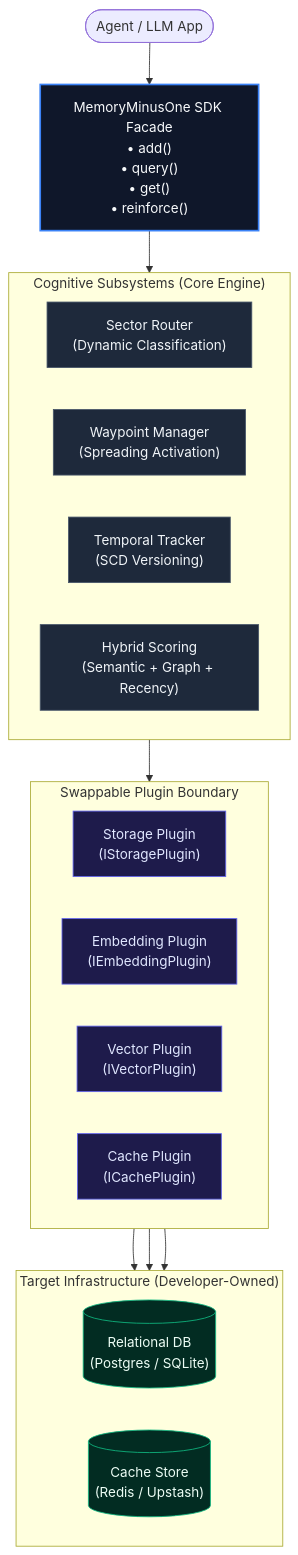
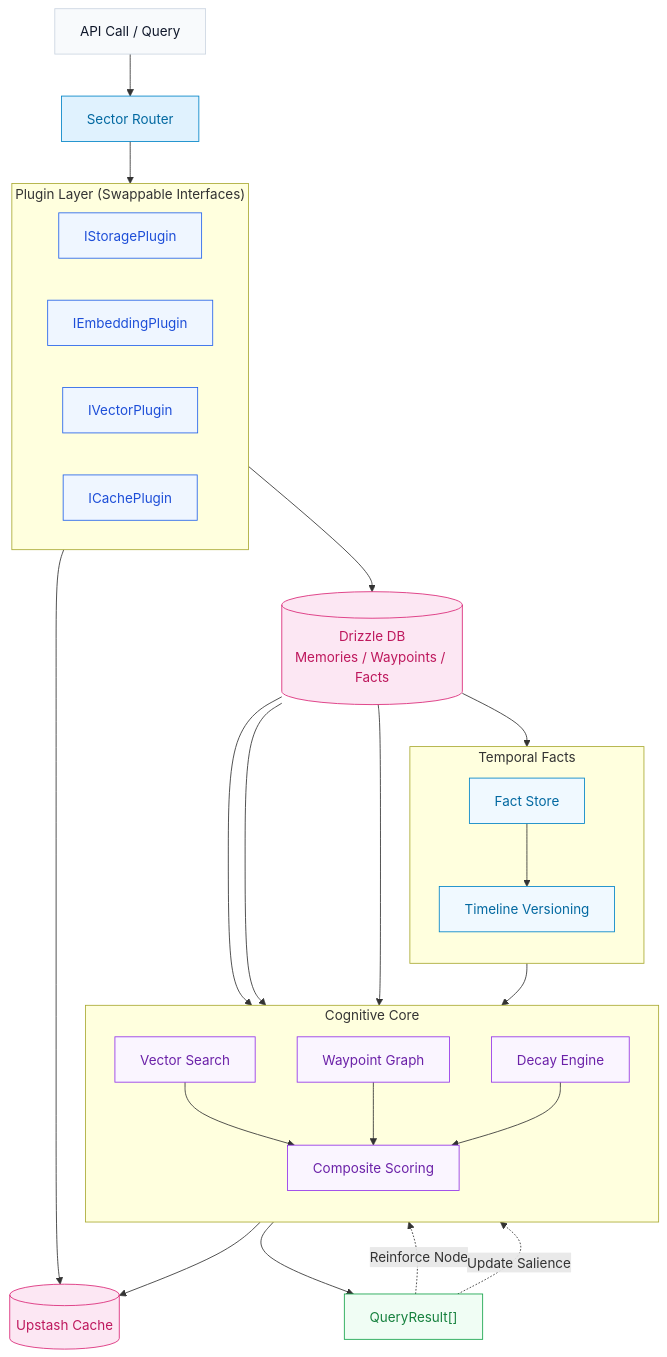
Before and after one commit to NormVg/MemoryMinusOne: the diagram in README.md, drawn with Mermaid.

Commit message:
docs: use high-fidelity visual styling for our system architecture in README

````diff
--- a/README.md
+++ b/README.md
@@ -83,39 +83,57 @@
 ```mermaid
 flowchart TD
-    %% Custom Styles
-    classDef facade fill:#0f172a,stroke:#3b82f6,stroke-width:2px,color:#f8fafc;
-    classDef engine fill:#1e293b,stroke:#475569,stroke-width:1px,color:#f1f5f9;
-    classDef plugin fill:#1e1b4b,stroke:#6366f1,stroke-width:1px,color:#e0e7ff;
-    classDef db fill:#022c22,stroke:#10b981,stroke-width:1px,color:#ecfdf5;
+    %% Styling Classes
+    classDef input fill:#f8fafc,stroke:#cbd5e1,stroke-width:1px,color:#0f172a;
+    classDef router fill:#e0f2fe,stroke:#0284c7,stroke-width:1px,color:#0369a1;
+    classDef db fill:#fce7f3,stroke:#db2777,stroke-width:1px,color:#be185d;
+    classDef engine fill:#faf5ff,stroke:#9333ea,stroke-width:1px,color:#6b21a8;
+    classDef facts fill:#f0f9ff,stroke:#0284c7,stroke-width:1px,color:#0369a1;
+    classDef plugin fill:#eff6ff,stroke:#2563eb,stroke-width:1px,color:#1d4ed8;
+    classDef outputNode fill:#f0fdf4,stroke:#16a34a,stroke-width:1px,color:#15803d;
 
-    Agent([Agent / LLM App]) --> API["MemoryMinusOne SDK Facade<br/>• add()<br/>• query()<br/>• get()<br/>• reinforce()"]:::facade
-    
-    subgraph Engine ["Cognitive Subsystems (Core Engine)"]
-        direction LR
-        Sectors["Sector Router<br/>(Dynamic Classification)"]:::engine
-        Waypoints["Waypoint Manager<br/>(Spreading Activation)"]:::engine
-        Facts["Temporal Tracker<br/>(SCD Versioning)"]:::engine
-        Scoring["Hybrid Scoring<br/>(Semantic + Graph + Recency)"]:::engine
-    end
-    
-    subgraph Plugins ["Swappable Plugin Boundary"]
-        direction LR
-        IStore["Storage Plugin<br/>(IStoragePlugin)"]:::plugin
-        IEmbed["Embedding Plugin<br/>(IEmbeddingPlugin)"]:::plugin
-        IVec["Vector Plugin<br/>(IVectorPlugin)"]:::plugin
-        ICache["Cache Plugin<br/>(ICachePlugin)"]:::plugin
+    Input["API Call / Query"]:::input --> Sectors["Sector Router"]:::router
+
+    subgraph CoreEngine ["Cognitive Core"]
+        direction TD
+        VReq["Vector Search"]:::engine
+        WaypointGraph["Waypoint Graph"]:::engine
+        Decay["Decay Engine"]:::engine
+        Scoring["Composite Scoring"]:::engine
     end
 
-    subgraph Infrastructure ["Target Infrastructure (Developer-Owned)"]
-        direction LR
-        RelationalDB[("Relational DB<br/>(Postgres / SQLite)")]:::db
-        CacheDB[("Cache Store<br/>(Redis / Upstash)")]:::db
+    subgraph TemporalSystem ["Temporal Facts"]
+        direction TD
+        Facts["Fact Store"]:::facts
+        Timeline["Timeline Versioning"]:::facts
     end
 
-    API --> Engine
-    Engine --> Plugins
-    
-    IStore --> RelationalDB
-    IVec --> RelationalDB
-    ICache --> CacheDB
+    subgraph PluginLayer ["Plugin Layer (Swappable Interfaces)"]
+        direction LR
+        IStore["IStoragePlugin"]:::plugin
+        IEmbed["IEmbeddingPlugin"]:::plugin
+        IVec["IVectorPlugin"]:::plugin
+        ICache["ICachePlugin"]:::plugin
+    end
+
+    Sectors --> IEmbed
+    IEmbed --> DB[(Drizzle DB<br/>Memories / Waypoints / Facts)]:::db
+    IEmbed --> Cache[(Upstash Cache)]:::db
+
+    DB --> VReq
+    DB --> WaypointGraph
+    DB --> Decay
+    DB --> Facts
+
+    Facts --> Timeline
+
+    VReq --> Scoring
+    WaypointGraph --> Scoring
+    Decay --> Scoring
+    Timeline --> Scoring
+
+    Scoring --> Cache
+    Scoring --> Result["QueryResult[]"]:::outputNode
+
+    Result -.->|Reinforce Node| WaypointGraph
+    Result -.->|Update Salience| Decay
 ```
````
